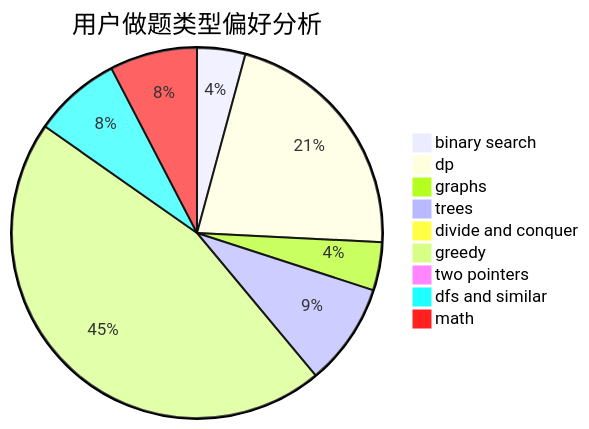
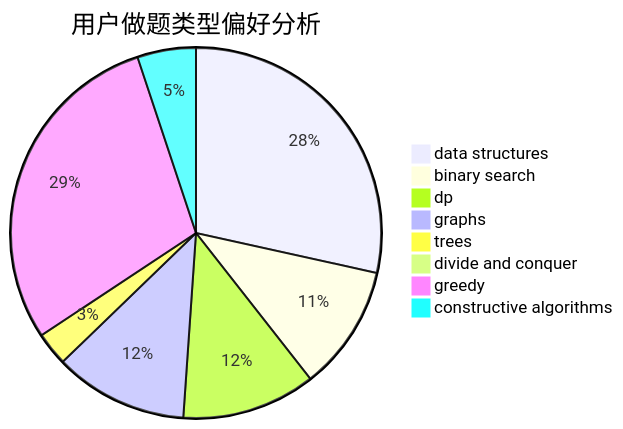
Before and after one commit to sherpahu/cfrs.github.io: the second of 3 diagrams in docs/user/u2137.md, drawn with Mermaid. The commit also changed other lines of this file and 2775 other files, not shown here.

````diff
--- a/docs/user/u2137.md
+++ b/docs/user/u2137.md
@@ -23,12 +23,11 @@
 ```mermaid
 pie title 用户做题类型偏好分析
-    "binary search" :  16
-    "dp" :  82
+    "data structures" :  39
+    "binary search" :  15
+    "dp" :  16
     "graphs" :  16
-    "trees" :  34
+    "trees" :  4
     "divide and conquer" :  0
-    "greedy" :  174
-    "two pointers" :  3
-    "dfs and similar" :  29
-    "math" :  29
+    "greedy" :  40
+    "constructive algorithms" :  7
 ```
````
